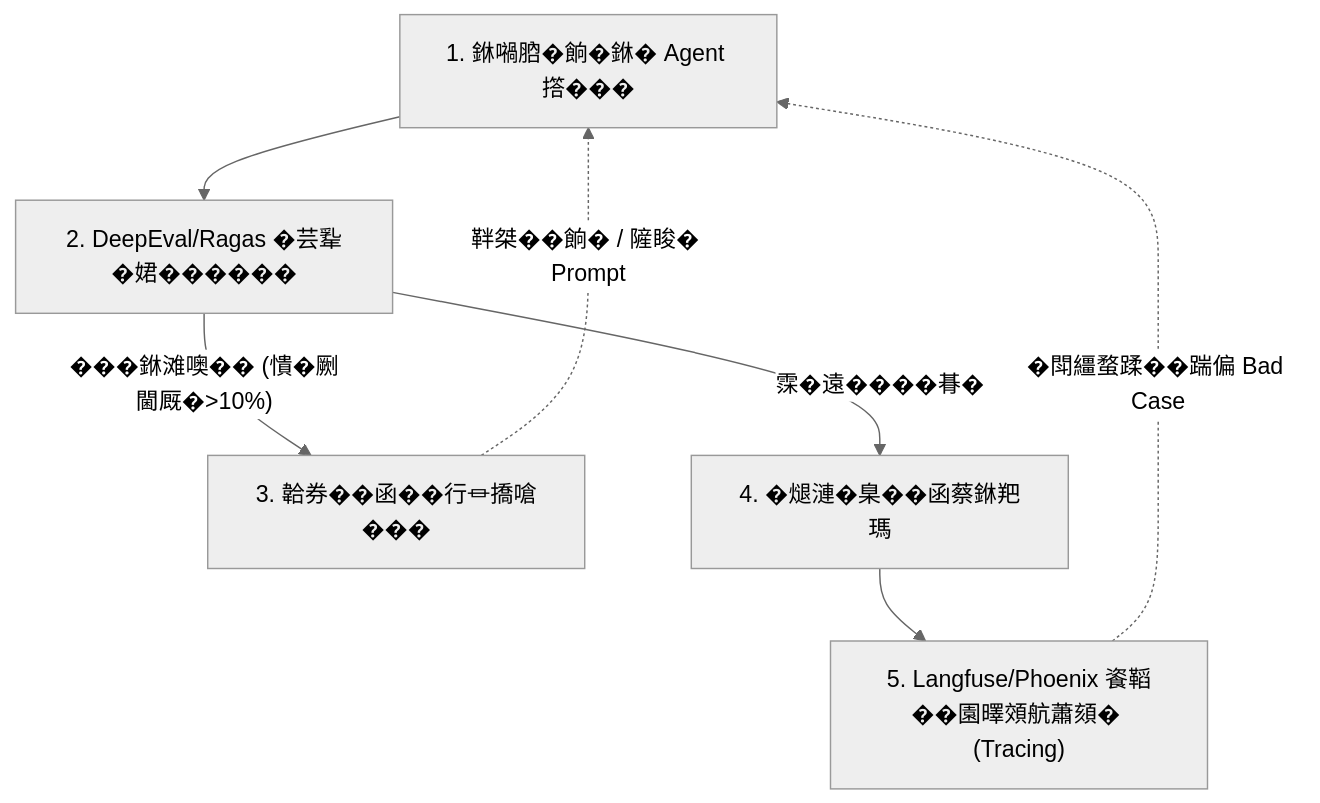
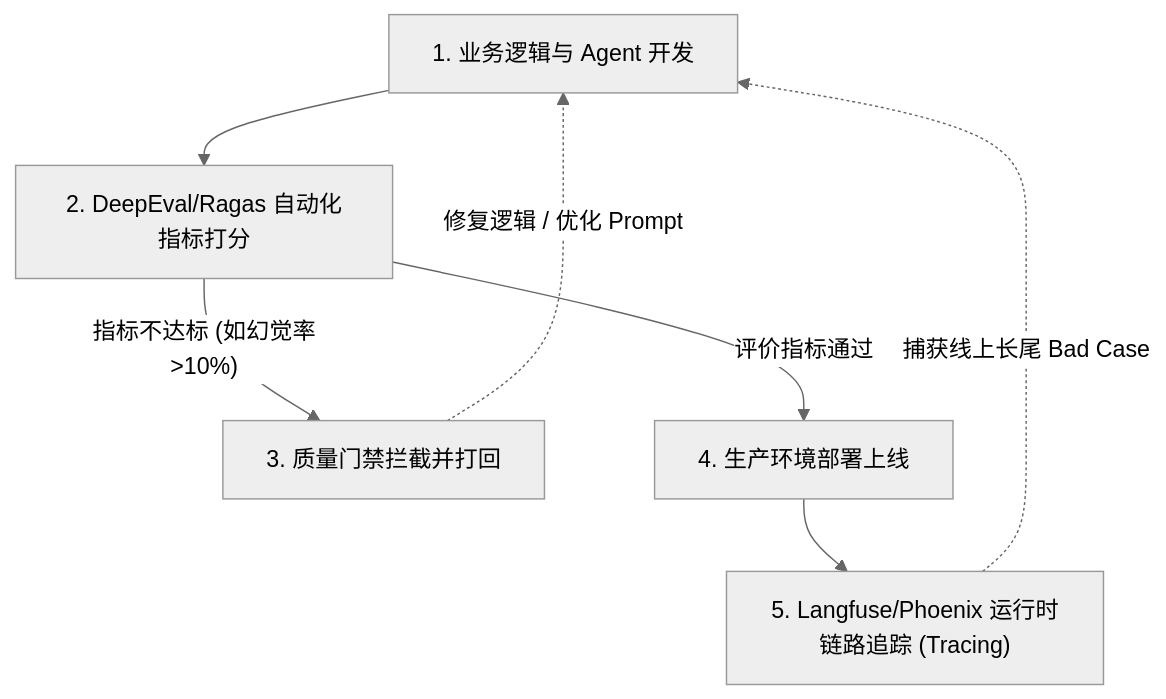
Before and after one commit to wangchong2023/lang-chain-graph: the eighth of 13 diagrams in doc/AI_Knowledge_Roadmap.md, drawn with Mermaid (neutral theme). The commit also changed other lines of this file, not shown here.

Commit message:
docs: update AI knowledge roadmap with new learning resources and milestones

````diff
--- a/doc/AI_Knowledge_Roadmap.md
+++ b/doc/AI_Knowledge_Roadmap.md
@@ -778,9 +586,9 @@
 ```mermaid
 graph TD
-    Dev["1. 銝𡁜𦛚�餉�銝� Agent 撘���"] --> Test["2. DeepEval/Ragas �芸𢆡�𡝗������"]
-    Test -- "���銝滩噢�� (憒�劂閫厩�>10%)" --> Reject["3. 韐券��函��行⏛撟嗆���"]
-    Reject -. "靽桀��餉� / 隡睃� Prompt" .-> Dev
-    Test -- "霂�遠����朞�" --> Deploy["4. �煺漣�臬��函蔡銝羓瑪"]
-    Deploy --> Monitor["5. Langfuse/Phoenix 餈鞱��園曎頝航蕭頦� (Tracing)"]
-    Monitor -. "�閗繮蝥蹂��踹偏 Bad Case" .-> Dev
+    Dev["1. 业务逻辑与 Agent 开发"] --> Test["2. DeepEval/Ragas 自动化指标打分"]
+    Test -- "指标不达标 (如幻觉率>10%)" --> Reject["3. 质量门禁拦截并打回"]
+    Reject -. "修复逻辑 / 优化 Prompt" .-> Dev
+    Test -- "评价指标通过" --> Deploy["4. 生产环境部署上线"]
+    Deploy --> Monitor["5. Langfuse/Phoenix 运行时链路追踪 (Tracing)"]
+    Monitor -. "捕获线上长尾 Bad Case" .-> Dev
 ```
````
